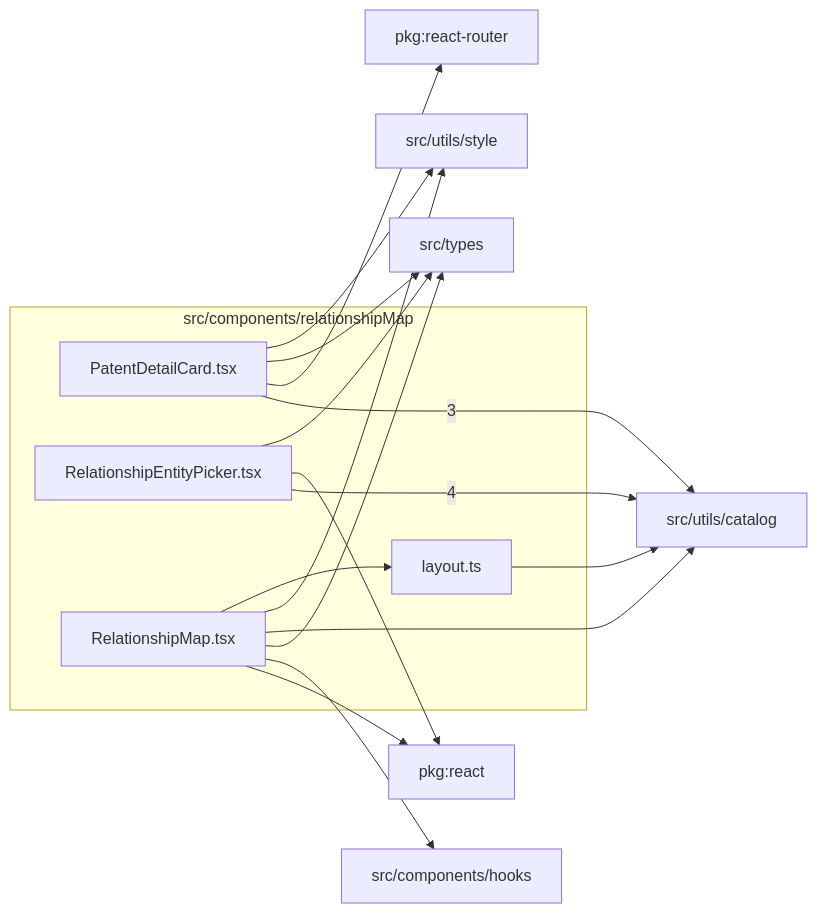
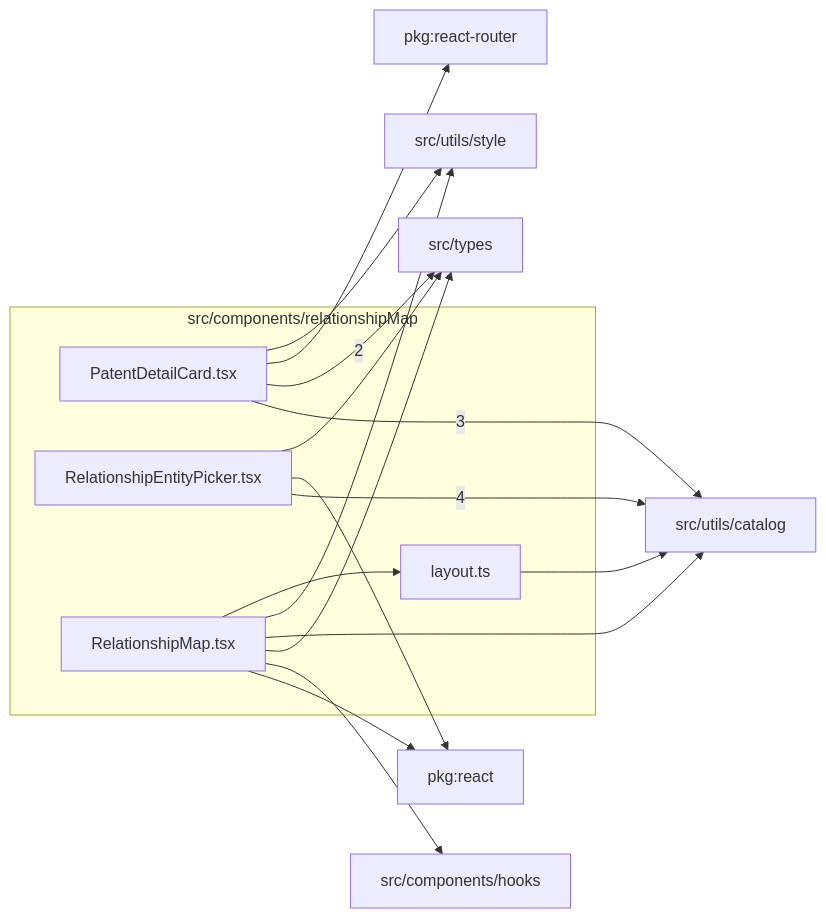
The diagram in src/components/relationshipMap/readme.md (ronbuening/LensVisualizer), drawn with Mermaid before and after one commit. The commit also changed other lines of this file and 17 other files, not shown here.

````diff
--- a/src/components/relationshipMap/readme.md
+++ b/src/components/relationshipMap/readme.md
@@ -9,29 +9,29 @@
 ```mermaid
 flowchart LR
   subgraph n_src_components_relationshipMap["src/components/relationshipMap"]
     n_src_components_relationshipMap_src_components_relationshipMap_layout_ts["layout.ts"]
     n_src_components_relationshipMap_src_components_relationshipMap_PatentDetailCard_tsx["PatentDetailCard.tsx"]
     n_src_components_relationshipMap_src_components_relationshipMap_RelationshipEntityPicker_tsx["RelationshipEntityPicker.tsx"]
     n_src_components_relationshipMap_src_components_relationshipMap_RelationshipMap_tsx["RelationshipMap.tsx"]
   end
   n_external_src_utils_catalog["src/utils/catalog"]
+  n_external_src_types["src/types"]
   n_external_pkg_react["pkg:react"]
   n_external_pkg_react_router["pkg:react-router"]
   n_external_src_components_hooks["src/components/hooks"]
-  n_external_src_types["src/types"]
   n_external_src_utils_style["src/utils/style"]
   n_src_components_relationshipMap_src_components_relationshipMap_RelationshipEntityPicker_tsx --> |4| n_external_src_utils_catalog
   n_src_components_relationshipMap_src_components_relationshipMap_PatentDetailCard_tsx --> |3| n_external_src_utils_catalog
+  n_src_components_relationshipMap_src_components_relationshipMap_PatentDetailCard_tsx --> |2| n_external_src_types
   n_src_components_relationshipMap_src_components_relationshipMap_RelationshipEntityPicker_tsx --> n_external_pkg_react
   n_src_components_relationshipMap_src_components_relationshipMap_RelationshipMap_tsx --> n_external_pkg_react
   n_src_components_relationshipMap_src_components_relationshipMap_PatentDetailCard_tsx --> n_external_pkg_react_router
   n_src_components_relationshipMap_src_components_relationshipMap_RelationshipMap_tsx --> n_external_src_components_hooks
-  n_src_components_relationshipMap_src_components_relationshipMap_PatentDetailCard_tsx --> n_external_src_types
   n_src_components_relationshipMap_src_components_relationshipMap_RelationshipEntityPicker_tsx --> n_external_src_types
   n_src_components_relationshipMap_src_components_relationshipMap_RelationshipMap_tsx --> n_external_src_types
   n_src_components_relationshipMap_src_components_relationshipMap_layout_ts --> n_external_src_utils_catalog
   n_src_components_relationshipMap_src_components_relationshipMap_RelationshipMap_tsx --> n_external_src_utils_catalog
   n_src_components_relationshipMap_src_components_relationshipMap_PatentDetailCard_tsx --> n_external_src_utils_style
   n_src_components_relationshipMap_src_components_relationshipMap_RelationshipMap_tsx --> n_external_src_utils_style
   n_src_components_relationshipMap_src_components_relationshipMap_RelationshipMap_tsx --> n_src_components_relationshipMap_src_components_relationshipMap_layout_ts
 ```
````
